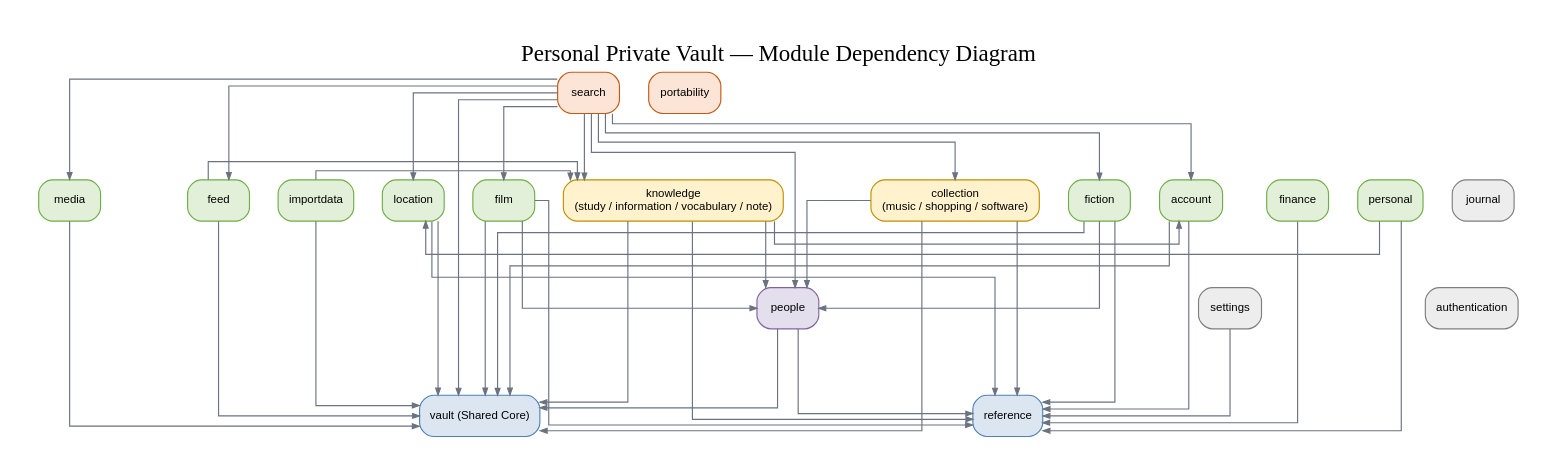
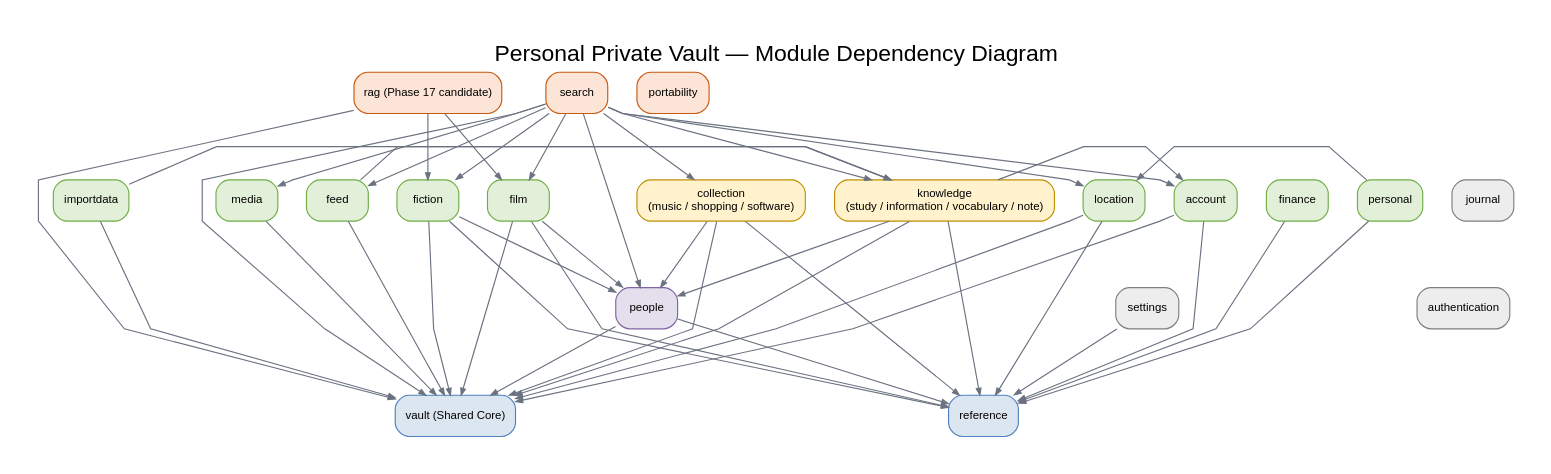
One commit to vhvkhangg/personal-private-vault changed the diagram in docs/architecture/diagrams/source/module-dependencies.dot. Above: the diagram before and after it, drawn with Graphviz. The commit also changed 245 other files, not shown here.

```diff
--- a/docs/architecture/diagrams/source/module-dependencies.dot
+++ b/docs/architecture/diagrams/source/module-dependencies.dot
@@ -1,67 +1,71 @@
 digraph Modules {
-graph [rankdir=TB, bgcolor="white", pad=0.35, nodesep=0.35, ranksep=0.8, splines=ortho, label="Personal Private Vault — Module Dependency Diagram", labelloc=t, fontsize=20, fontname="Arial Bold"];
+graph [rankdir=TB, bgcolor="white", pad=0.35, nodesep=0.35, ranksep=0.8, splines=polyline, label="Personal Private Vault — Module Dependency Diagram", labelloc=t, fontsize=20, fontname="Arial"];
 node [shape=box, style="rounded,filled", fontname="Arial", fontsize=10, margin="0.14,0.08"];
 edge [color="#6B7280", arrowsize=0.6, penwidth=1.0];
 search [label="search", fillcolor="#FCE4D6", color="#C65911"];
 portability [label="portability", style="rounded,filled", fillcolor="#FCE4D6", color="#C65911"];
 feed [label="feed", fillcolor="#E2F0D9", color="#70AD47"];
 importdata [label="importdata", fillcolor="#E2F0D9", color="#70AD47"];
 knowledge [label="knowledge\n(study / information / vocabulary / note)", fillcolor="#FFF2CC", color="#BF9000"];
 collection [label="collection\n(music / shopping / software)", fillcolor="#FFF2CC", color="#BF9000"];
 account [label="account", fillcolor="#E2F0D9", color="#70AD47"];
 fiction [label="fiction", fillcolor="#E2F0D9", color="#70AD47"];
 film [label="film", fillcolor="#E2F0D9", color="#70AD47"];
 media [label="media", fillcolor="#E2F0D9", color="#70AD47"];
 location [label="location", fillcolor="#E2F0D9", color="#70AD47"];
 finance [label="finance", fillcolor="#E2F0D9", color="#70AD47"];
 journal [label="journal", fillcolor="#EDEDED", color="#7F7F7F"];
 personal [label="personal", fillcolor="#E2F0D9", color="#70AD47"];
 people [label="people", fillcolor="#E4DFEC", color="#8064A2"];
 settings [label="settings", fillcolor="#EDEDED", color="#7F7F7F"];
 authentication [label="authentication", fillcolor="#EDEDED", color="#7F7F7F"];
 vault [label="vault (Shared Core)", fillcolor="#DCE6F1", color="#4F81BD"];
 reference [label="reference", fillcolor="#DCE6F1", color="#4F81BD"];
-{rank=same; search portability}
+rag [label="rag (Phase 17 candidate)", fillcolor="#FCE4D6", color="#C65911"];
+rag -> vault;
+rag -> fiction;
+rag -> film;
+{rank=same; search portability rag}
 {rank=same; feed importdata knowledge collection account}
 {rank=same; fiction film media location finance journal personal}
 {rank=same; people settings authentication}
 {rank=same; vault reference}
 settings -> reference;
 people -> vault;
 people -> reference;
 fiction -> vault;
 fiction -> people;
 fiction -> reference;
 film -> vault;
 film -> people;
 film -> reference;
 media -> vault;
 location -> vault;
 location -> reference;
 knowledge -> vault;
 knowledge -> people;
 knowledge -> reference;
 knowledge -> account;
 collection -> vault;
 collection -> people;
 collection -> reference;
 account -> vault;
 account -> reference;
 feed -> vault;
 feed -> knowledge;
 importdata -> vault;
 importdata -> knowledge;
 finance -> reference;
 personal -> reference;
 personal -> location;
 search -> vault;
 search -> people;
 search -> fiction;
 search -> film;
 search -> media;
 search -> location;
 search -> knowledge;
 search -> collection;
 search -> account;
 search -> feed;
 }
```
